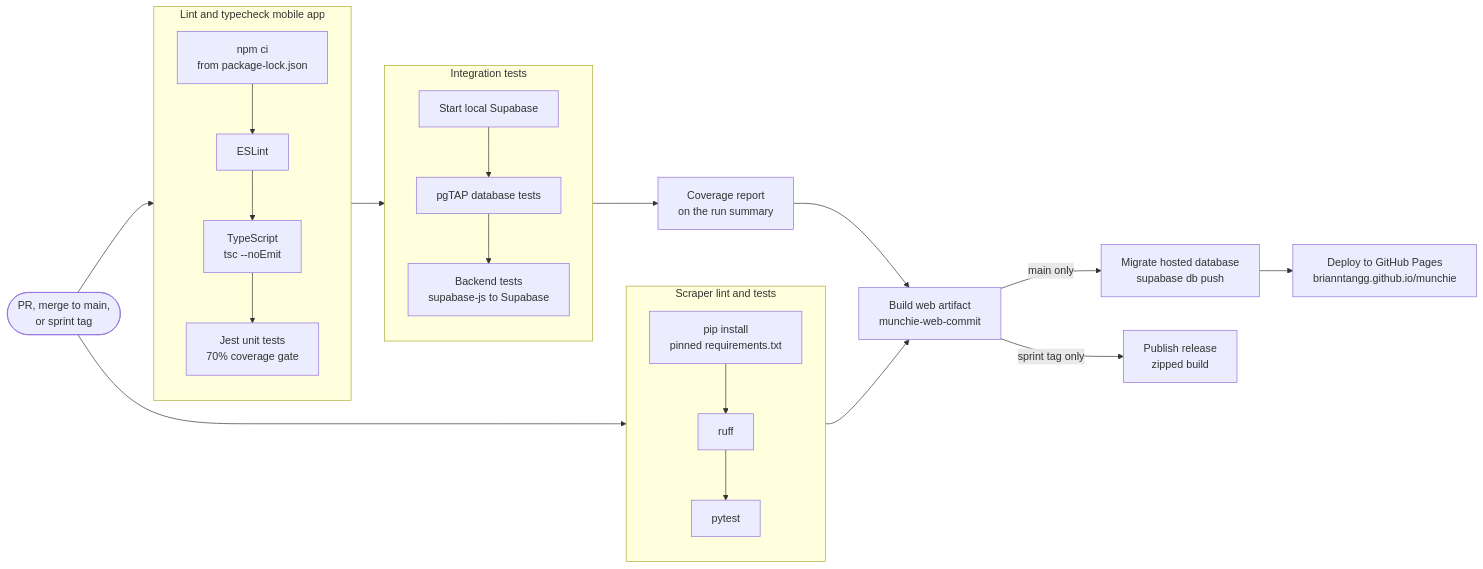
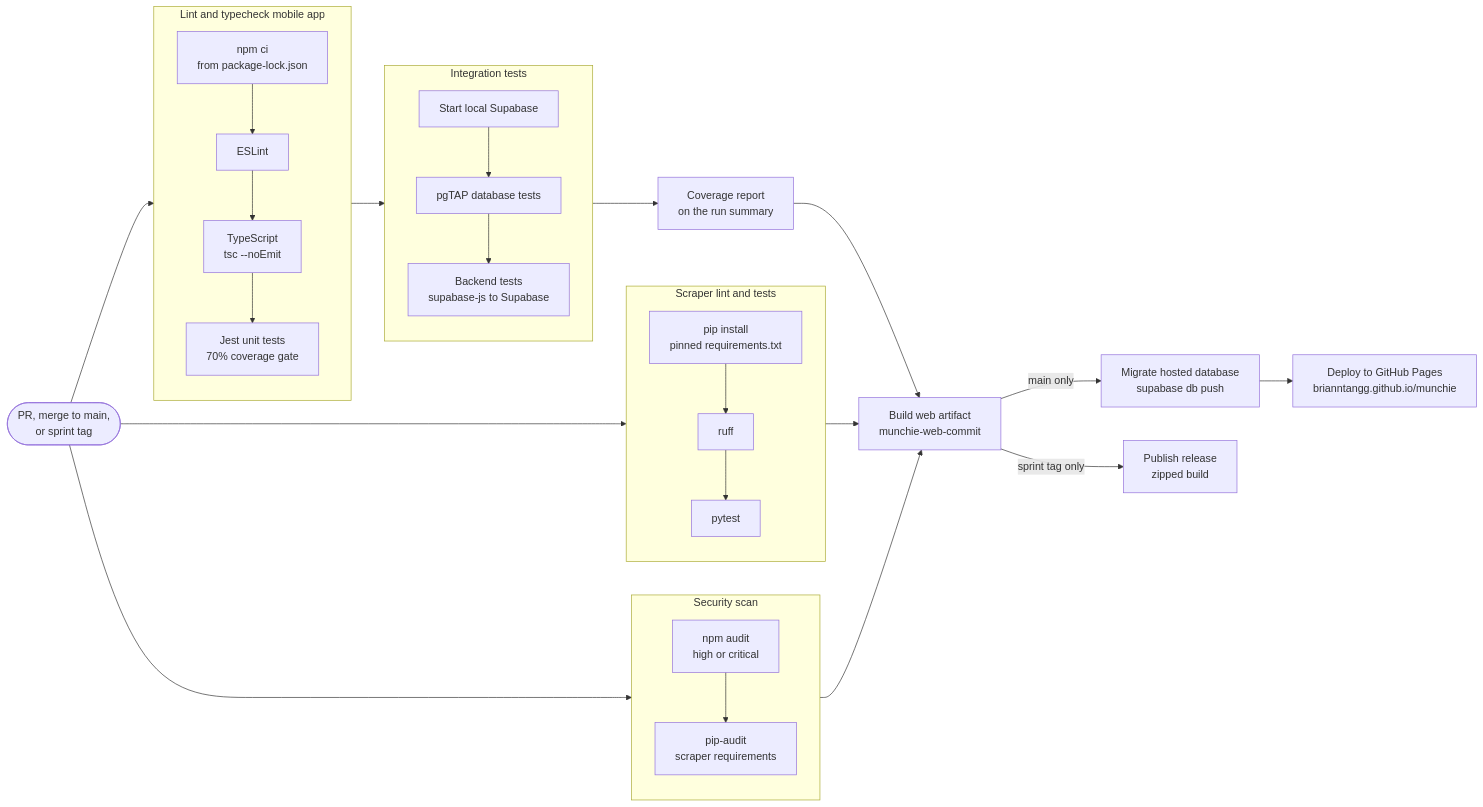
The diagram in docs/pipeline.md (brianntangg/munchie), drawn with Mermaid before and after one commit. The commit also changed other lines of this file and 5 other files, not shown here.

First line of the commit message:
Add a security scan to CI and pin actions to commit SHAs

````diff
--- a/docs/pipeline.md
+++ b/docs/pipeline.md
@@ -18,30 +18,36 @@
 ```mermaid
 flowchart LR
   trigger([PR, merge to main,<br/>or sprint tag])
 
   subgraph unit [Lint and typecheck mobile app]
     direction TB
     install[npm ci<br/>from package-lock.json] --> lint[ESLint] --> tsc[TypeScript<br/>tsc --noEmit] --> jest[Jest unit tests<br/>70% coverage gate]
   end
 
   subgraph integration [Integration tests]
     direction TB
     supa[Start local Supabase] --> pgtap[pgTAP database tests] --> backend[Backend tests<br/>supabase-js to Supabase]
   end
 
   subgraph scraper [Scraper lint and tests]
     direction TB
     pip[pip install<br/>pinned requirements.txt] --> ruff[ruff] --> pytest[pytest]
   end
 
+  subgraph security [Security scan]
+    direction TB
+    npmaudit[npm audit<br/>high or critical] --> pipaudit[pip-audit<br/>scraper requirements]
+  end
+
   coverage[Coverage report<br/>on the run summary]
   build[Build web artifact<br/>munchie-web-commit]
   migrate[Migrate hosted database<br/>supabase db push]
   deploy[Deploy to GitHub Pages<br/>brianntangg.github.io/munchie]
   release[Publish release<br/>zipped build]
 
   trigger --> unit --> integration --> coverage --> build
   trigger --> scraper --> build
+  trigger --> security --> build
   build -- main only --> migrate --> deploy
   build -- sprint tag only --> release
 ```
````
